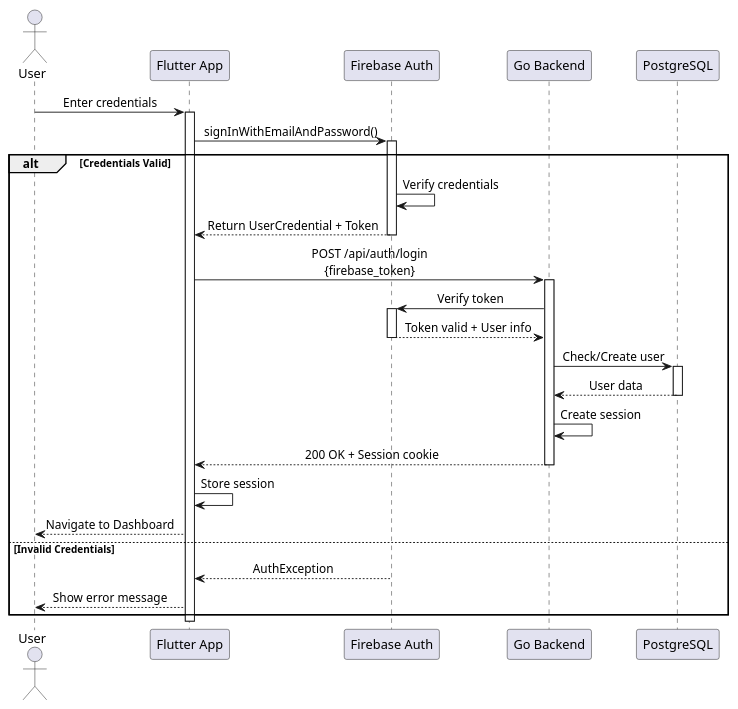
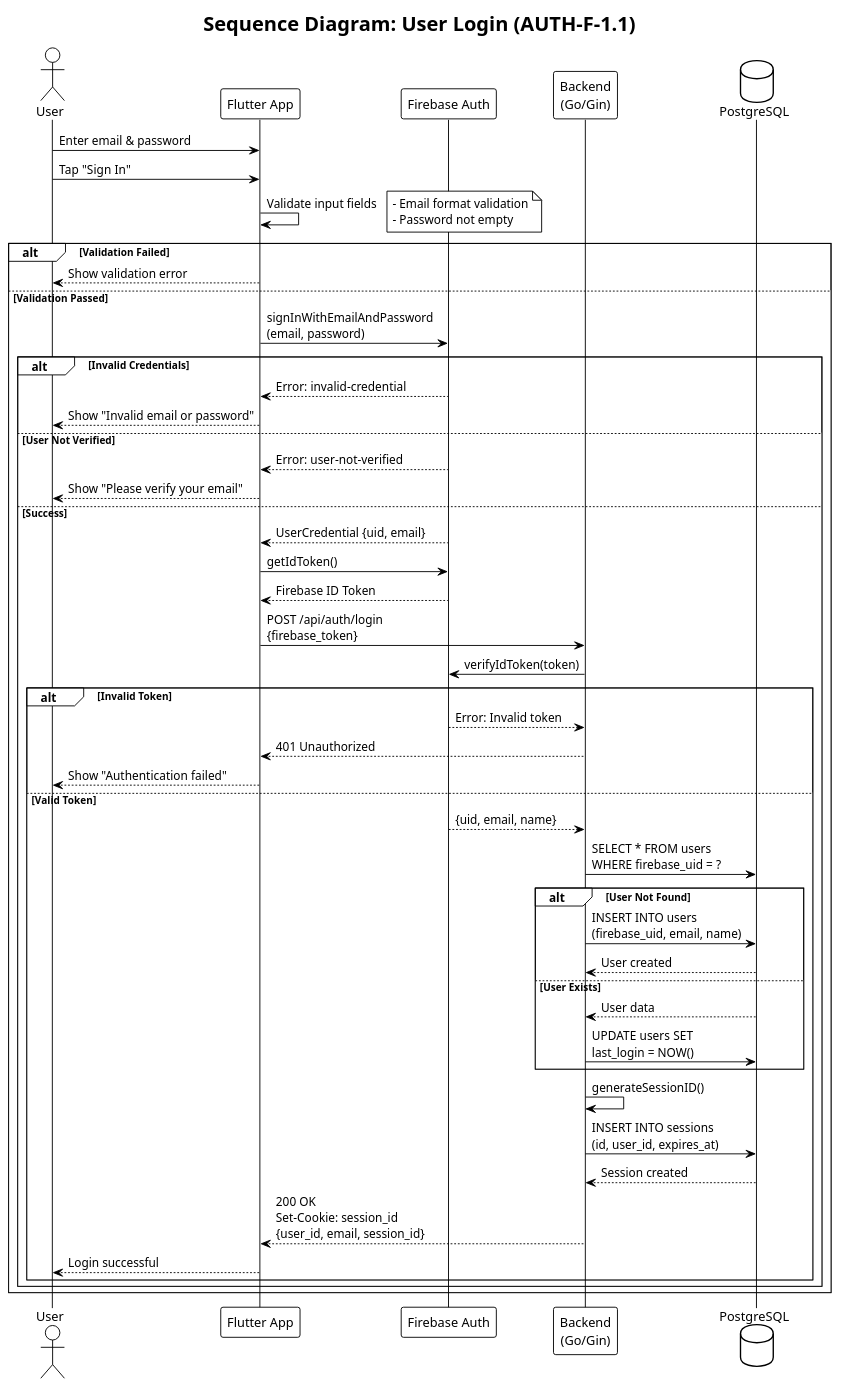
One commit to Sarthakanon/RoomEase changed the diagram in docs/diagrams/sequence-login.puml. Above: the diagram before and after it, drawn with PlantUML. The commit also changed 7 other files, not shown here.

Commit message:
Update documentation and diagrams

```diff
--- a/docs/diagrams/sequence-login.puml
+++ b/docs/diagrams/sequence-login.puml
@@ -1,52 +1,71 @@
-@startuml Login Sequence Diagram
+@startuml Sequence Diagram - User Login (AUTH-F-1.1)
+!theme plain
 
-skinparam linetype ortho
-skinparam sequenceMessageAlign center
-skinparam BoxPadding 10
+title Sequence Diagram: User Login (AUTH-F-1.1)
 
-actor User
-participant "Flutter App" as App
-participant "Firebase Auth" as Firebase
-participant "Go Backend" as Backend
-participant "PostgreSQL" as DB
+actor User as user
+participant "Flutter App" as app
+participant "Firebase Auth" as firebase
+participant "Backend\n(Go/Gin)" as backend
+database "PostgreSQL" as db
 
-User -> App: Enter credentials
-activate App
+user -> app : Enter email & password
+user -> app : Tap "Sign In"
 
-App -> Firebase: signInWithEmailAndPassword()
-activate Firebase
+app -> app : Validate input fields
+note right
+    - Email format validation
+    - Password not empty
+end note
 
-alt Credentials Valid
-    Firebase -> Firebase: Verify credentials
-    Firebase --> App: Return UserCredential + Token
-    deactivate Firebase
+alt Validation Failed
+    app --> user : Show validation error
+else Validation Passed
+    app -> firebase : signInWithEmailAndPassword\n(email, password)
     
-    App -> Backend: POST /api/auth/login\n{firebase_token}
-    activate Backend
-    
-    Backend -> Firebase: Verify token
-    activate Firebase
-    Firebase --> Backend: Token valid + User info
-    deactivate Firebase
-    
-    Backend -> DB: Check/Create user
-    activate DB
-    DB --> Backend: User data
-    deactivate DB
-    
-    Backend -> Backend: Create session
-    Backend --> App: 200 OK + Session cookie
-    deactivate Backend
-    
-    App -> App: Store session
-    App --> User: Navigate to Dashboard
-    
-else Invalid Credentials
-    Firebase --> App: AuthException
-    deactivate Firebase
-    App --> User: Show error message
+    alt Invalid Credentials
+        firebase --> app : Error: invalid-credential
+        app --> user : Show "Invalid email or password"
+    else User Not Verified
+        firebase --> app : Error: user-not-verified
+        app --> user : Show "Please verify your email"
+    else Success
+        firebase --> app : UserCredential {uid, email}
+        
+        app -> firebase : getIdToken()
+        firebase --> app : Firebase ID Token
+        
+        app -> backend : POST /api/auth/login\n{firebase_token}
+        
+        backend -> firebase : verifyIdToken(token)
+        
+        alt Invalid Token
+            firebase --> backend : Error: Invalid token
+            backend --> app : 401 Unauthorized
+            app --> user : Show "Authentication failed"
+        else Valid Token
+            firebase --> backend : {uid, email, name}
+            
+            backend -> db : SELECT * FROM users\nWHERE firebase_uid = ?
+            
+            alt User Not Found
+                backend -> db : INSERT INTO users\n(firebase_uid, email, name)
+                db --> backend : User created
+            else User Exists
+                db --> backend : User data
+                backend -> db : UPDATE users SET\nlast_login = NOW()
+            end
+            
+            backend -> backend : generateSessionID()
+            
+            backend -> db : INSERT INTO sessions\n(id, user_id, expires_at)
+            db --> backend : Session created
+            
+            backend --> app : 200 OK\nSet-Cookie: session_id\n{user_id, email, session_id}
+            
+            app --> user : Login successful
+        end
+    end
 end
 
-deactivate App
-
 @enduml
```
